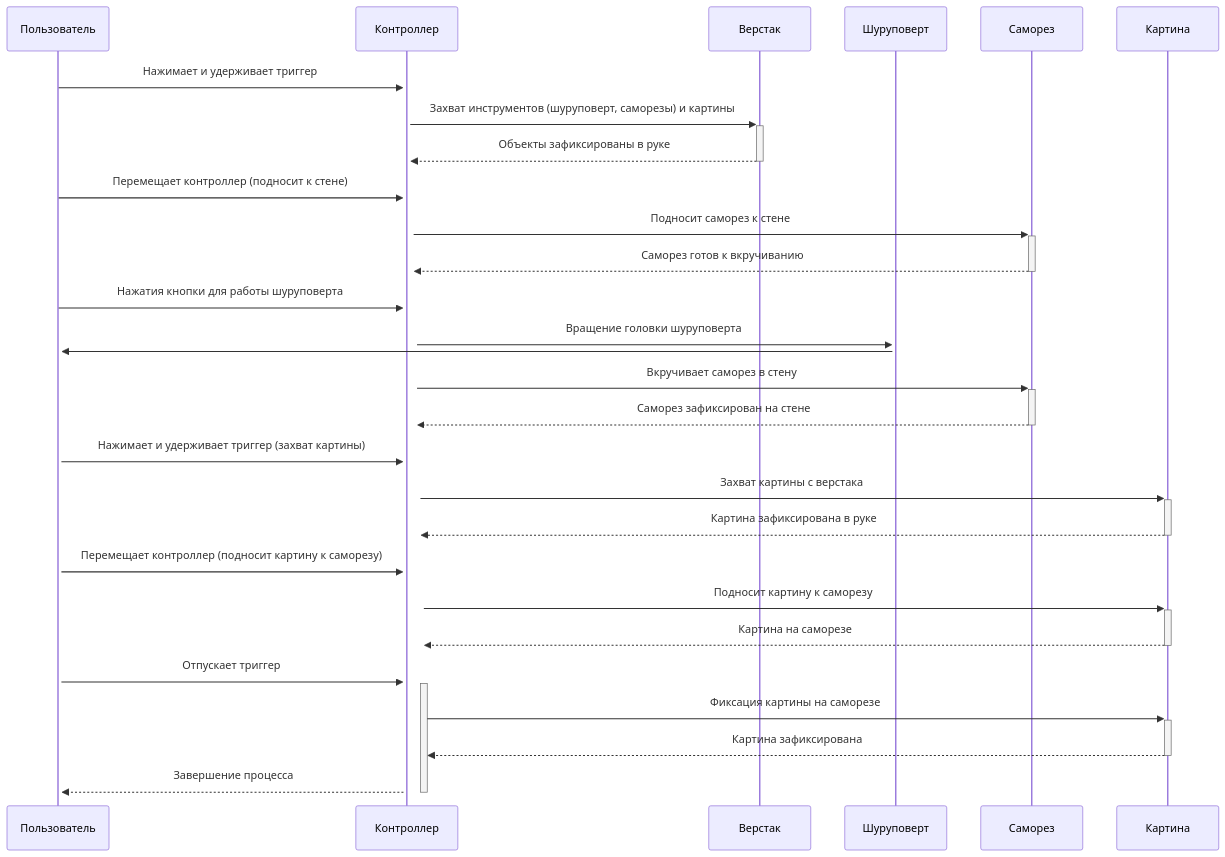
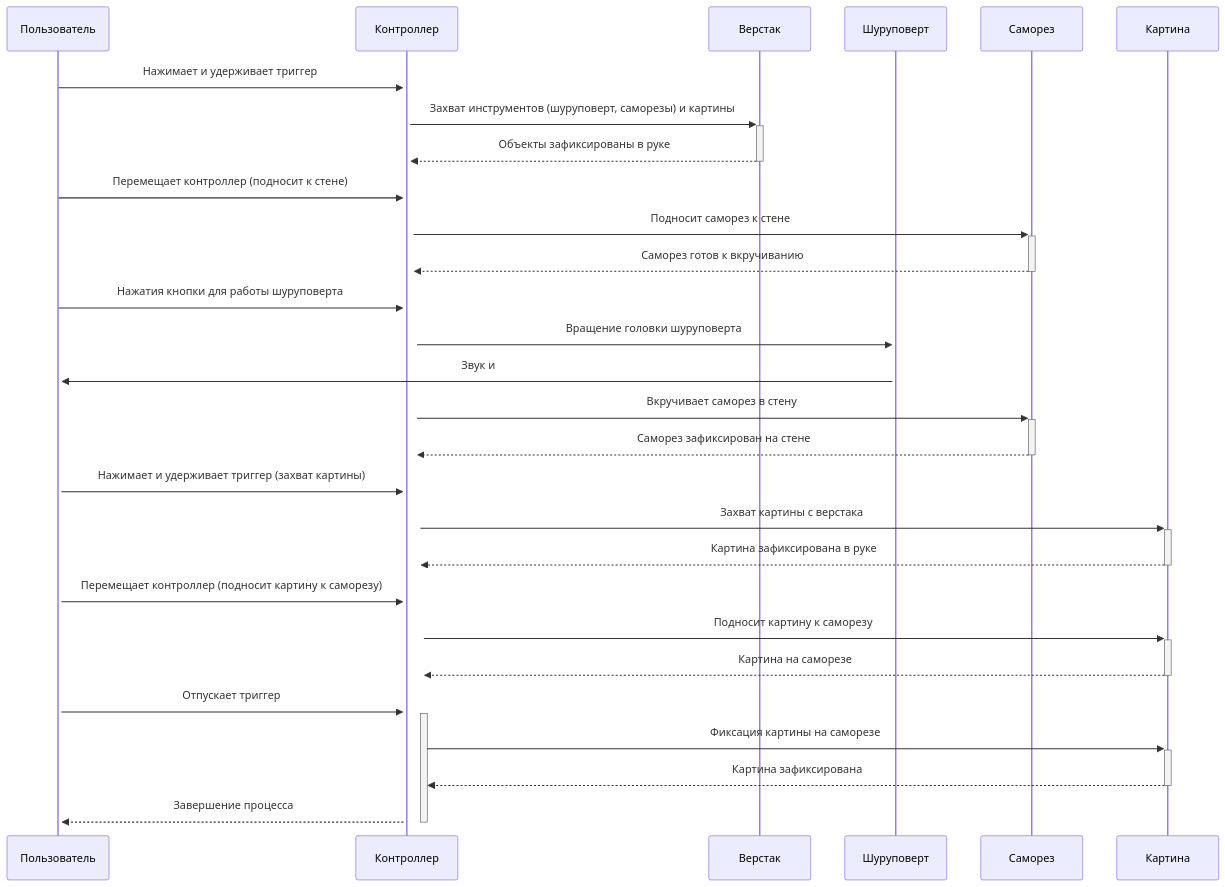
Before and after one commit to NerdyCep/iodraw-files: the diagram in all/не называться-1.md, drawn with Mermaid.

Commit message:
2025-02-25 18:28:17 update

````diff
--- a/all/не называться-1.md
+++ b/all/не называться-1.md
@@ -1,32 +1,32 @@
 ```mermaid
 sequenceDiagram
     participant Пользователь
     participant Контроллер
     participant Верстак
     participant Шуруповерт
     participant Саморез
     participant Картина
     
 
     Пользователь->>+Контроллер: Нажимает и удерживает триггер
     Контроллер->>+Верстак: Захват инструментов (шуруповерт, саморезы) и картины
     Верстак-->>-Контроллер: Объекты зафиксированы в руке
     Пользователь->>+Контроллер: Перемещает контроллер (подносит к стене)
     Контроллер->>+Саморез: Подносит саморез к стене
     Саморез-->>-Контроллер: Саморез готов к вкручиванию
     Пользователь->>+Контроллер: Нажатия кнопки для работы шуруповерта
     Контроллер->>+Шуруповерт: Вращение головки шуруповерта
-    Шуруповерт->>+Пользователь: 
+    Шуруповерт->>+Пользователь: Звук и 
     Контроллер->>+Саморез: Вкручивает саморез в стену
     Саморез-->>-Контроллер: Саморез зафиксирован на стене
     Пользователь->>+Контроллер: Нажимает и удерживает триггер (захват картины)
     Контроллер->>+Картина: Захват картины с верстака
     Картина-->>-Контроллер: Картина зафиксирована в руке
     Пользователь->>+Контроллер: Перемещает контроллер (подносит картину к саморезу)
     Контроллер->>+Картина: Подносит картину к саморезу
     Картина-->>-Контроллер: Картина на саморезе
     Пользователь->>+Контроллер: Отпускает триггер
     Контроллер->>+Картина: Фиксация картины на саморезе
     Картина-->>-Контроллер: Картина зафиксирована
     Контроллер-->>-Пользователь: Завершение процесса
 ```
````
